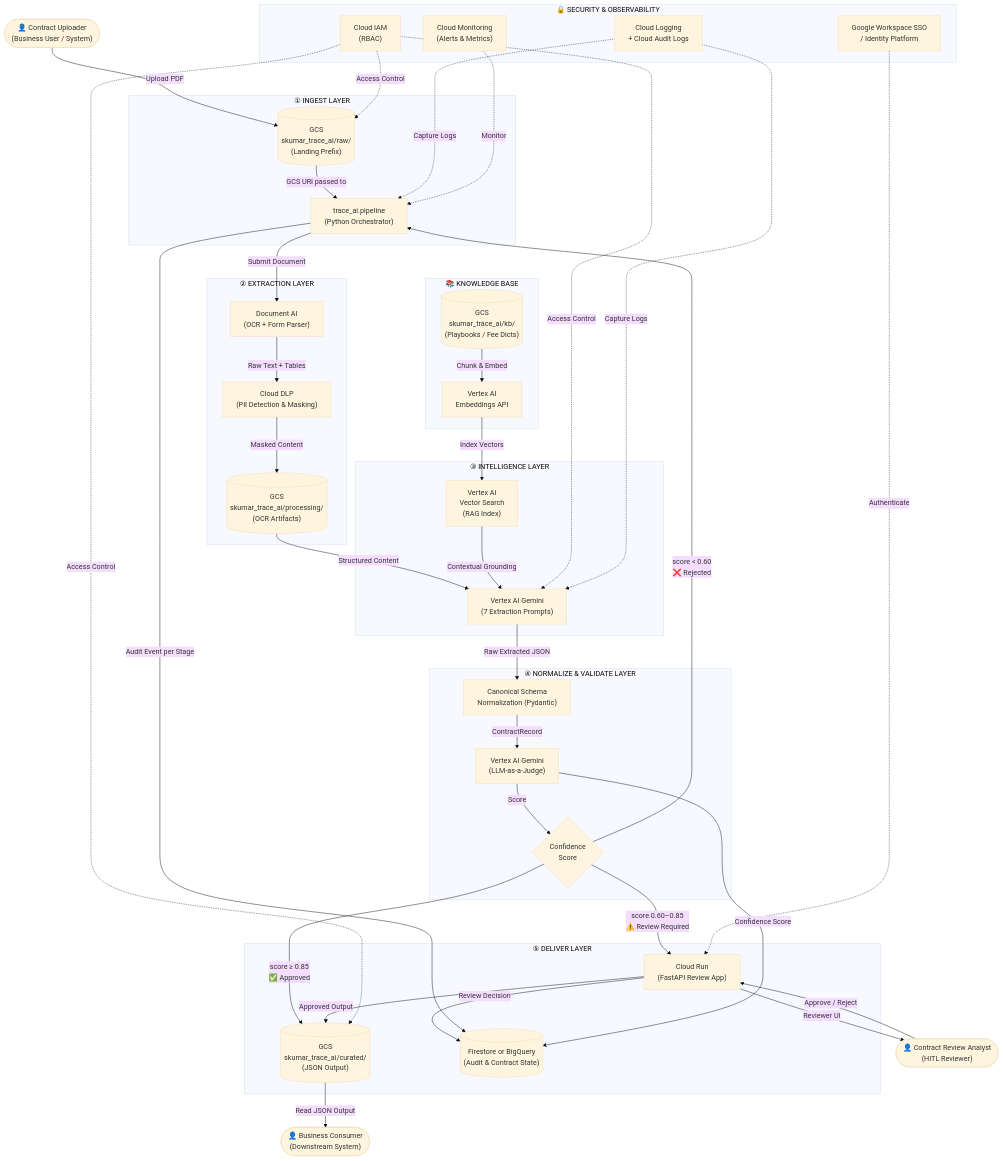
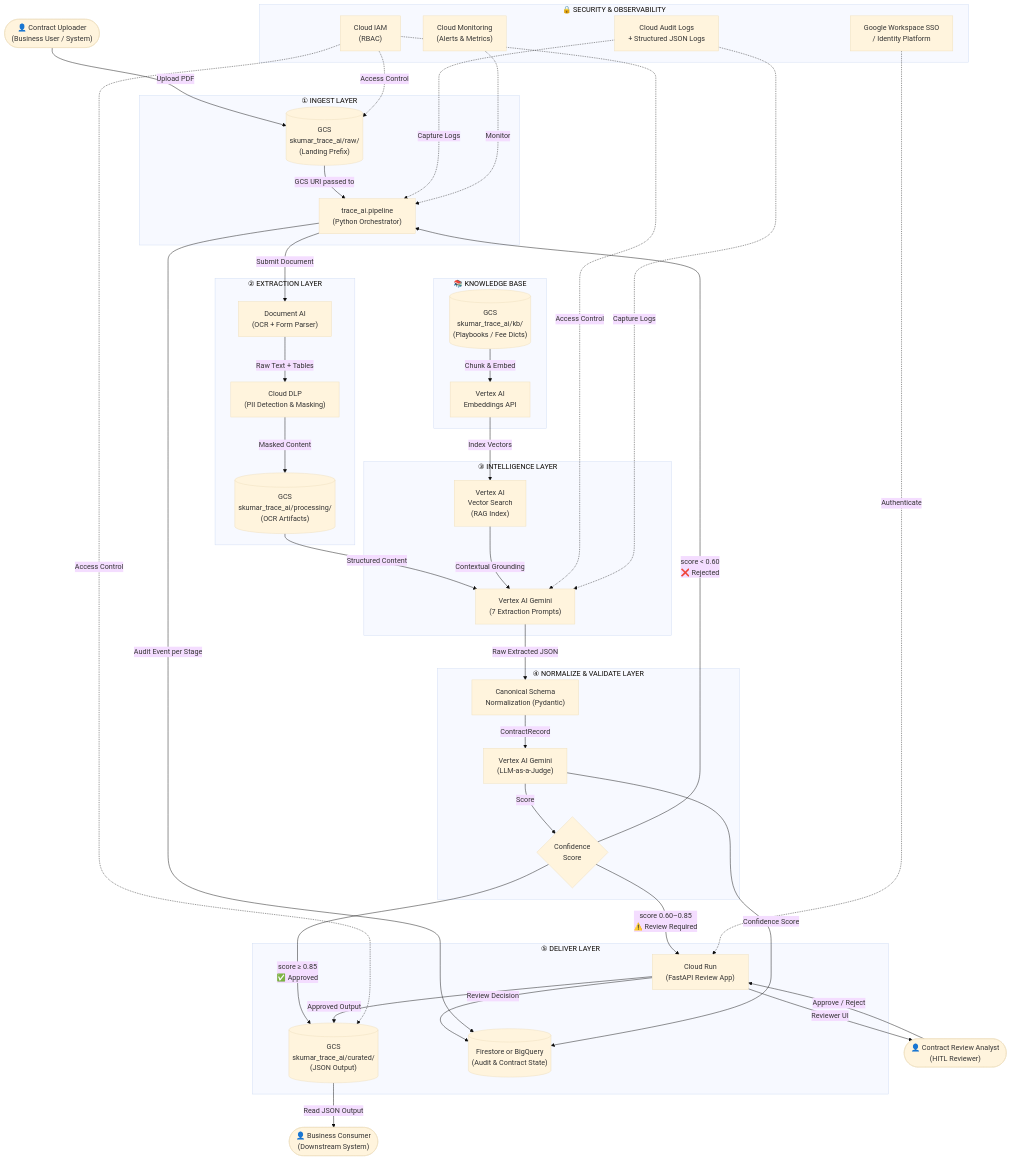
The first of 5 diagrams in docs/requirement/ARCHITECTURE_GCP.md (surendrapayal/trace-document-ai), drawn with Mermaid (base theme) before and after one commit. The commit also changed 5 other files, not shown here.

```diff
--- a/docs/requirement/ARCHITECTURE_GCP.md
+++ b/docs/requirement/ARCHITECTURE_GCP.md
@@ -46,7 +46,7 @@
     subgraph SECURITY["🔒 SECURITY & OBSERVABILITY"]
         IAM["Cloud IAM\n(RBAC)"]
         SSO["Google Workspace SSO\n/ Identity Platform"]
-        LOGGING["Cloud Logging\n+ Cloud Audit Logs"]
+        LOGGING["Cloud Audit Logs\n+ Structured JSON Logs"]
         MONITORING["Cloud Monitoring\n(Alerts & Metrics)"]
     end
 
```
